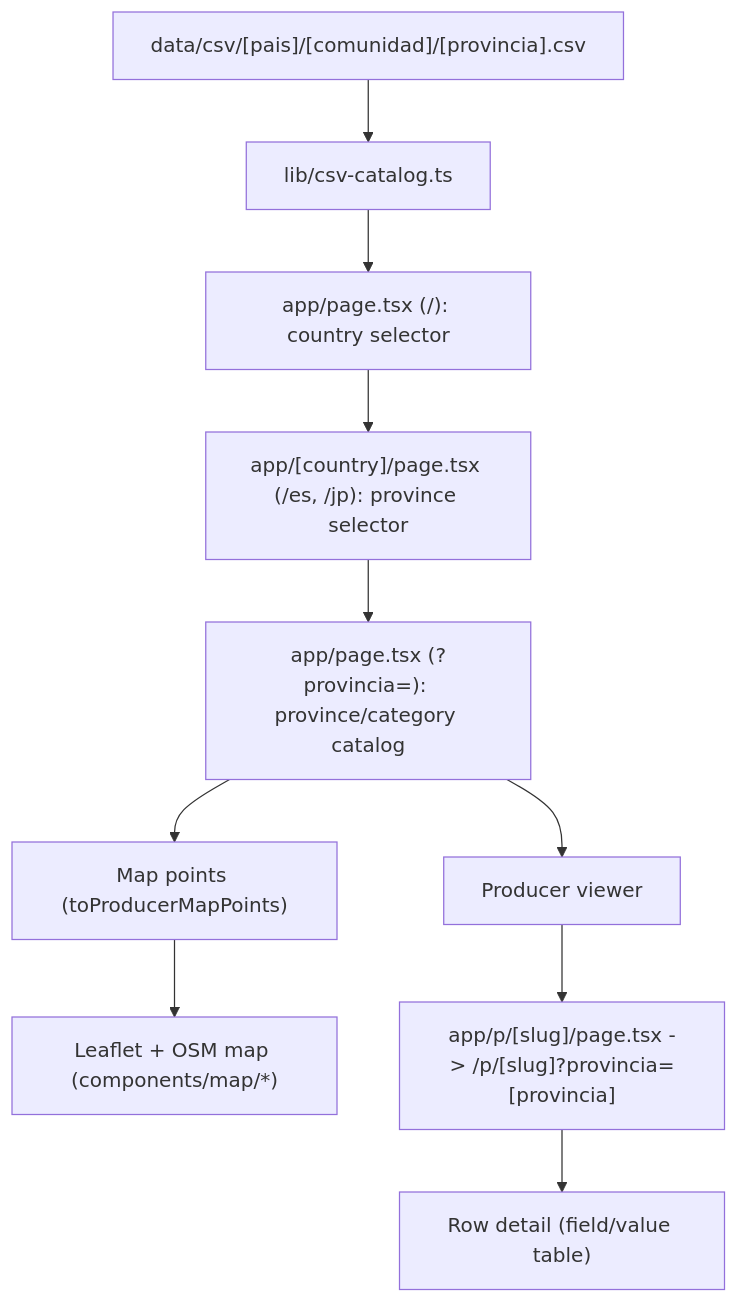
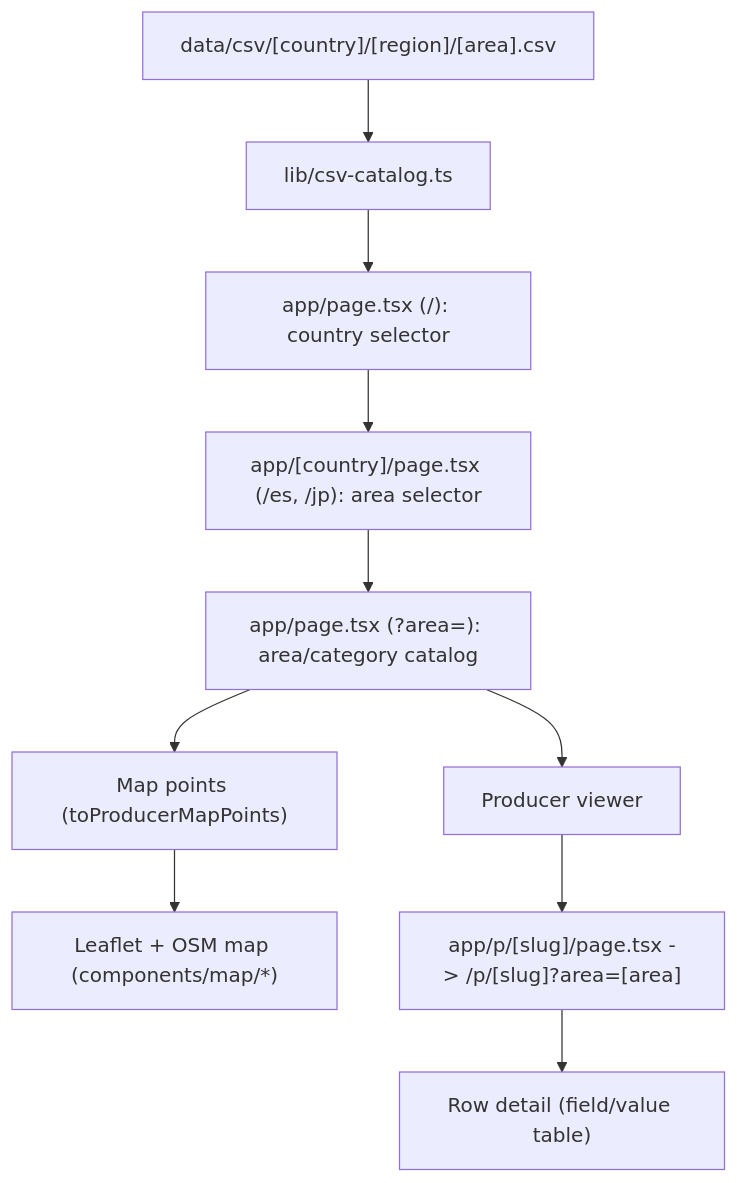
Before and after one commit to Lyzanor/chisan: the first of 2 diagrams in docs/ARCHITECTURE.md, drawn with Mermaid. The commit also changed other lines of this file and 115 other files, not shown here.

````diff
--- a/docs/ARCHITECTURE.md
+++ b/docs/ARCHITECTURE.md
@@ -7,12 +7,12 @@
 ```mermaid
 flowchart TD
-  A["data/csv/[pais]/[comunidad]/[provincia].csv"] --> B["lib/csv-catalog.ts"]
+  A["data/csv/[country]/[region]/[area].csv"] --> B["lib/csv-catalog.ts"]
   B --> P["app/page.tsx (/): country selector"]
-  P --> Q["app/[country]/page.tsx (/es, /jp): province selector"]
-  Q --> C["app/page.tsx (?provincia=): province/category catalog"]
+  P --> Q["app/[country]/page.tsx (/es, /jp): area selector"]
+  Q --> C["app/page.tsx (?area=): area/category catalog"]
   C --> D["Producer viewer"]
   C --> E["Map points (toProducerMapPoints)"]
   E --> F["Leaflet + OSM map (components/map/*)"]
-  D --> G["app/p/[slug]/page.tsx -> /p/[slug]?provincia=[provincia]"]
+  D --> G["app/p/[slug]/page.tsx -> /p/[slug]?area=[area]"]
   G --> H["Row detail (field/value table)"]
 ```
````
